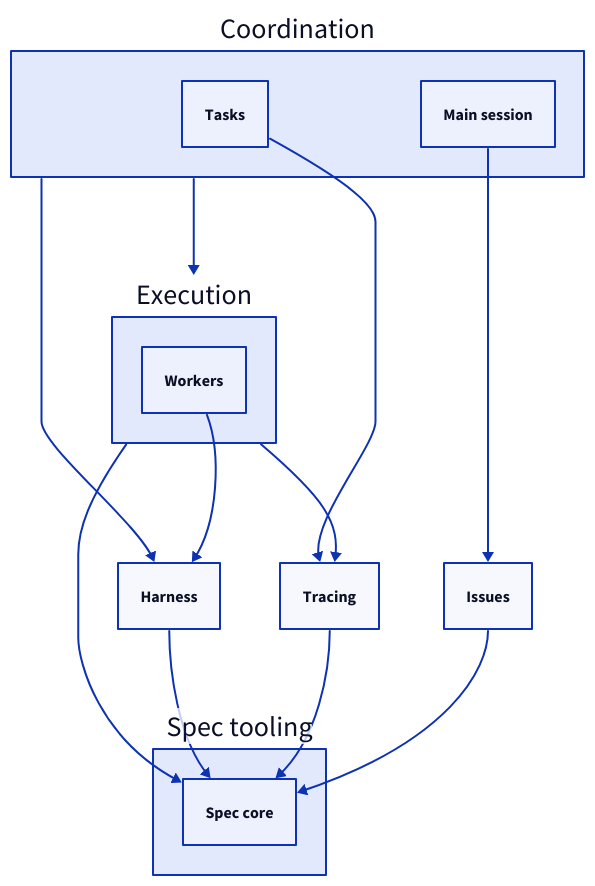
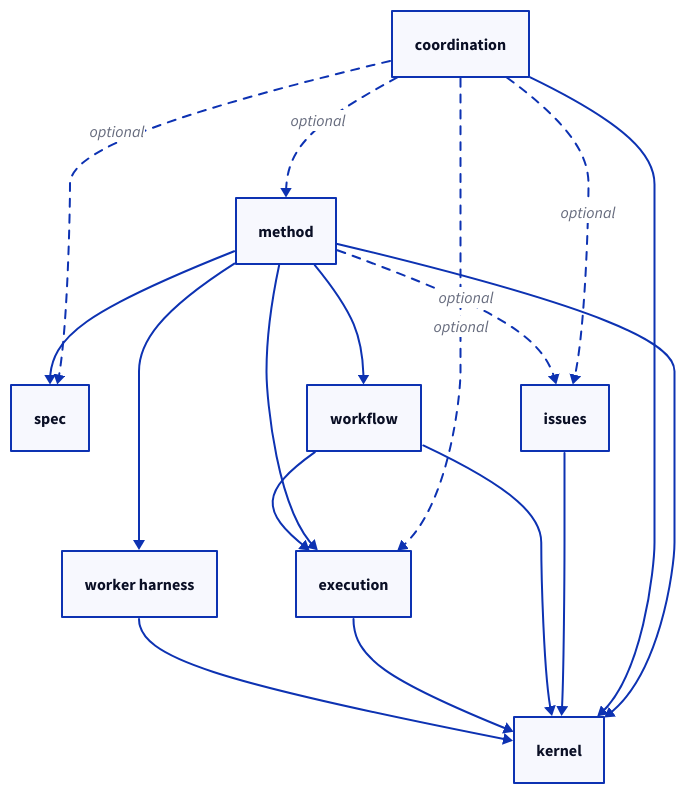
One commit to FTOD/concorde changed the third of 5 diagrams in specs/concorde/module.md. Above: the diagram before and after it, drawn with D2. The commit also changed other lines of this file and 29 other files, not shown here.

First line of the commit message:
Add the parts structure: root, Kernel, Worker harness and Method entries

````diff
--- a/specs/concorde/module.md
+++ b/specs/concorde/module.md
@@ -293,25 +356,26 @@
-```d2
-coordination: Coordination {
-  main: Main session
-  tasks: Tasks
-}
-execution: Execution {
-  workers: Workers
-}
-harness: Harness
-tracing: Tracing
-issues: Issues
-spec_tooling: Spec tooling {
-  spec: Spec core
-}
-coordination -> execution
-coordination -> harness
-coordination.main -> issues
-coordination.tasks -> tracing
-execution -> tracing
-execution.workers -> harness
-execution -> spec_tooling.spec
-harness -> spec_tooling.spec
-tracing -> spec_tooling.spec
-issues -> spec_tooling.spec
+```d2 illustrative
+spec: spec
+kernel: kernel
+harness: worker harness
+execution: execution
+workflow: workflow
+issues: issues
+coordination: coordination
+method: method
+harness -> kernel
+execution -> kernel
+workflow -> execution
+workflow -> kernel
+issues -> kernel
+coordination -> kernel
+method -> spec
+method -> harness
+method -> execution
+method -> workflow
+method -> kernel
+method -> issues: optional {style.stroke-dash: 4}
+coordination -> issues: optional {style.stroke-dash: 4}
+coordination -> execution: optional {style.stroke-dash: 4}
+coordination -> spec: optional {style.stroke-dash: 4}
+coordination -> method: optional {style.stroke-dash: 4}
 ```
````
